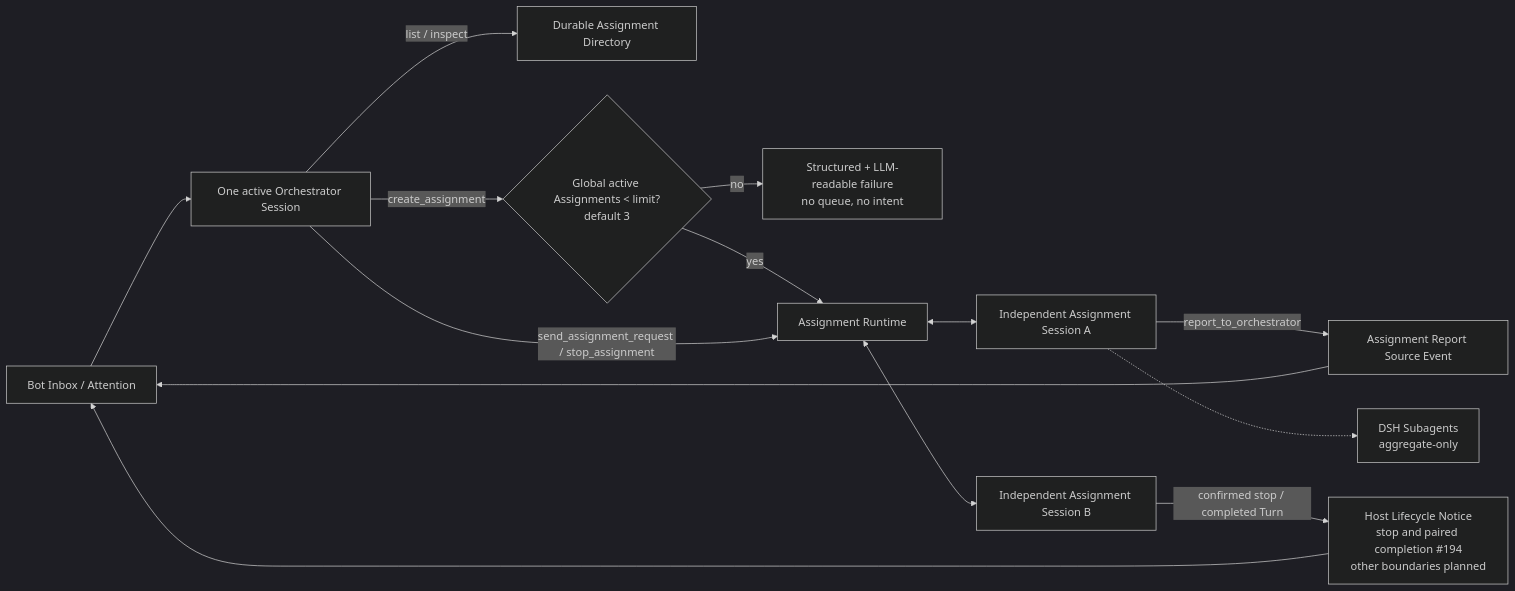
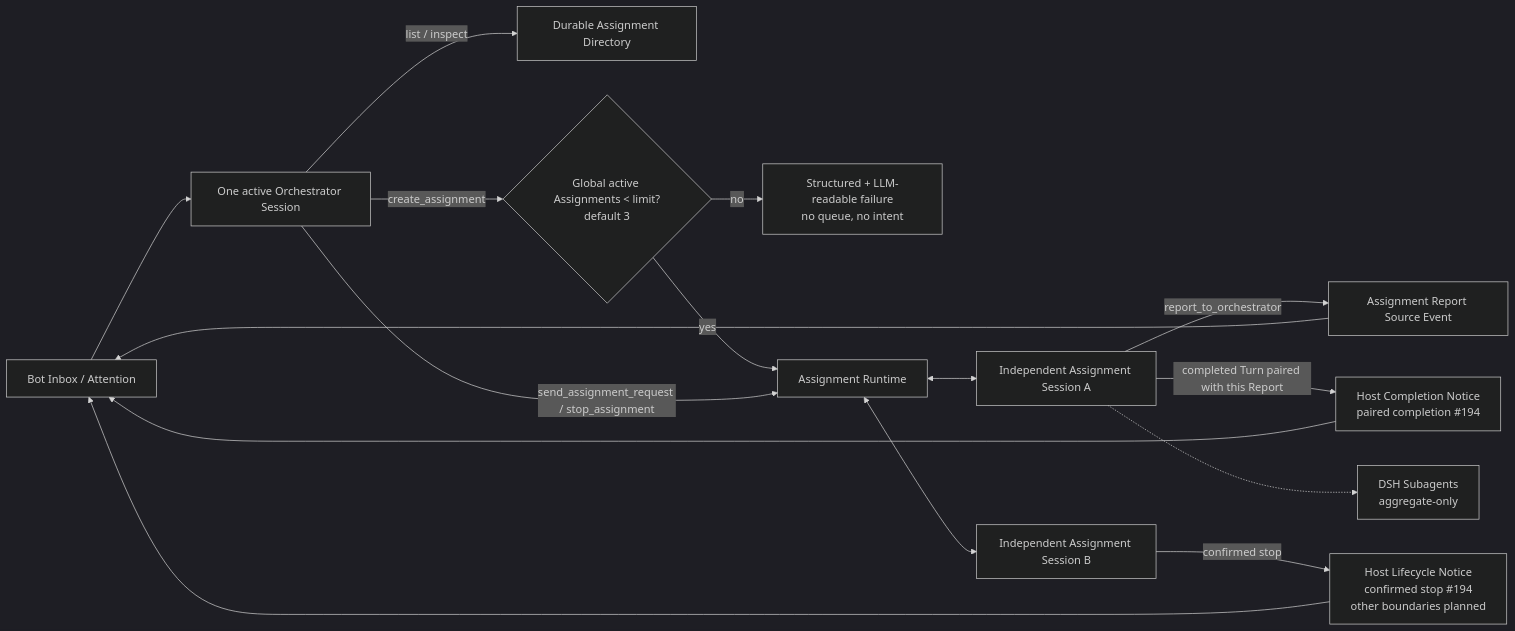
One commit to BotHarness/BotHarness changed the fifth of 7 diagrams in docs/architecture/botharness-architecture.en.md. Above: the diagram before and after it, drawn with Mermaid (dark theme). The commit also changed 7 other files, not shown here.

First line of the commit message:
docs: pair completion diagram with its owning Assignment

````diff
--- a/docs/architecture/botharness-architecture.en.md
+++ b/docs/architecture/botharness-architecture.en.md
@@ -346,16 +346,18 @@
 ```mermaid
 flowchart LR
   Inbox["Bot Inbox / Attention"] --> O["One active Orchestrator Session"]
   O -->|"list / inspect"| Dir["Durable Assignment Directory"]
   O -->|"create_assignment"| Gate{"Global active Assignments < limit?<br/>default 3"}
   Gate -- "no" --> Error["Structured + LLM-readable failure<br/>no queue, no intent"]
   Gate -- "yes" --> Runtime["Assignment Runtime"]
   O -->|"send_assignment_request / stop_assignment"| Runtime
   Runtime <--> W1["Independent Assignment Session A"]
   Runtime <--> W2["Independent Assignment Session B"]
   W1 -->|"report_to_orchestrator"| Report["Assignment Report Source Event"]
-  W2 -->|"confirmed stop / completed Turn"| Notice["Host Lifecycle Notice<br/>stop and paired completion #194<br/>other boundaries planned"]
+  W1 -->|"completed Turn paired with this Report"| Completion["Host Completion Notice<br/>paired completion #194"]
+  W2 -->|"confirmed stop"| Notice["Host Lifecycle Notice<br/>confirmed stop #194<br/>other boundaries planned"]
   Report --> Inbox
+  Completion --> Inbox
   Notice --> Inbox
   W1 -.-> Sub["DSH Subagents<br/>aggregate-only"]
 ```
````
